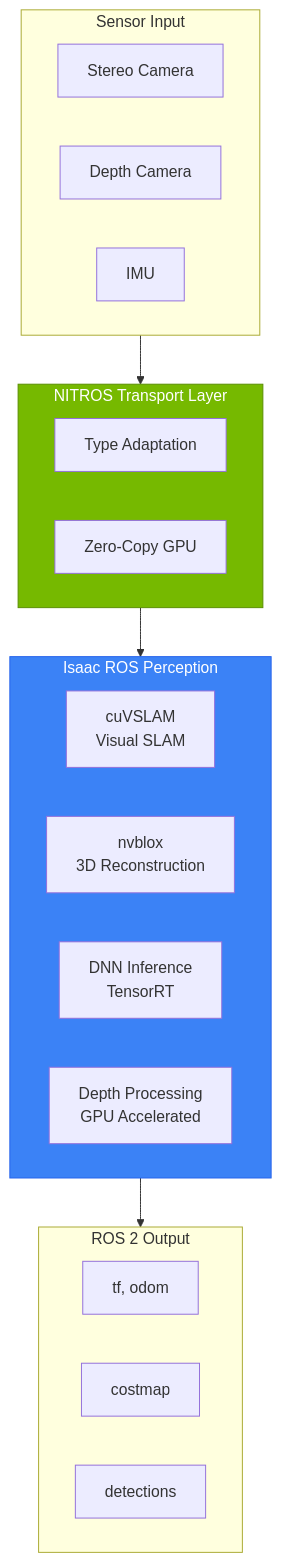
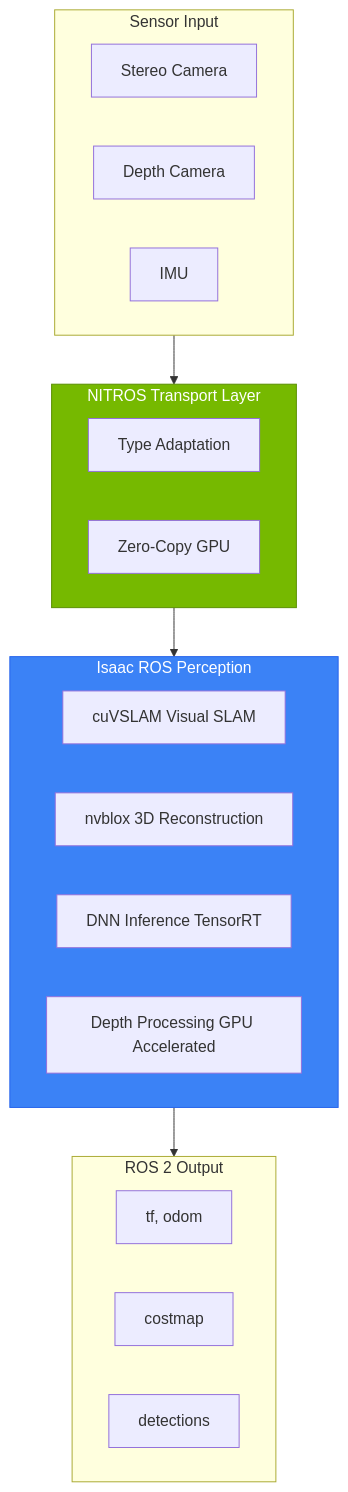
One commit to shakir-hussain1/physical-AI-and-humanoid-robotics-textbook-by-shakir-hussain changed the first of 4 diagrams in docs/modules/module-3-isaac/chapter-11-perception.md. Above: the diagram before and after it, drawn with Mermaid. The commit also changed other lines of this file and 17 other files, not shown here.

Commit message:
fix: Remove br tags from Mermaid diagrams causing parse errors

````diff
--- a/docs/modules/module-3-isaac/chapter-11-perception.md
+++ b/docs/modules/module-3-isaac/chapter-11-perception.md
@@ -33,33 +33,33 @@
 ```mermaid
 flowchart TD
     subgraph Sensors["Sensor Input"]
         STEREO[Stereo Camera]
         DEPTH[Depth Camera]
         IMU[IMU]
     end
 
     subgraph NITROS["NITROS Transport Layer"]
         TYPEAD[Type Adaptation]
         ZEROCOPY[Zero-Copy GPU]
     end
 
     subgraph Perception["Isaac ROS Perception"]
-        VSLAM[cuVSLAM<br/>Visual SLAM]
-        NVBLOX[nvblox<br/>3D Reconstruction]
-        DNN[DNN Inference<br/>TensorRT]
-        DEPTH_PROC[Depth Processing<br/>GPU Accelerated]
+        VSLAM[cuVSLAM Visual SLAM]
+        NVBLOX[nvblox 3D Reconstruction]
+        DNN[DNN Inference TensorRT]
+        DEPTH_PROC[Depth Processing GPU Accelerated]
     end
 
     subgraph Output["ROS 2 Output"]
         POSE["tf, odom"]
         MAP["costmap"]
         DETECT["detections"]
     end
 
     Sensors --> NITROS
     NITROS --> Perception
     Perception --> Output
 
     style NITROS fill:#76b900,stroke:#5a8f00,color:#fff
     style Perception fill:#3b82f6,stroke:#2563eb,color:#fff
 ```
````
